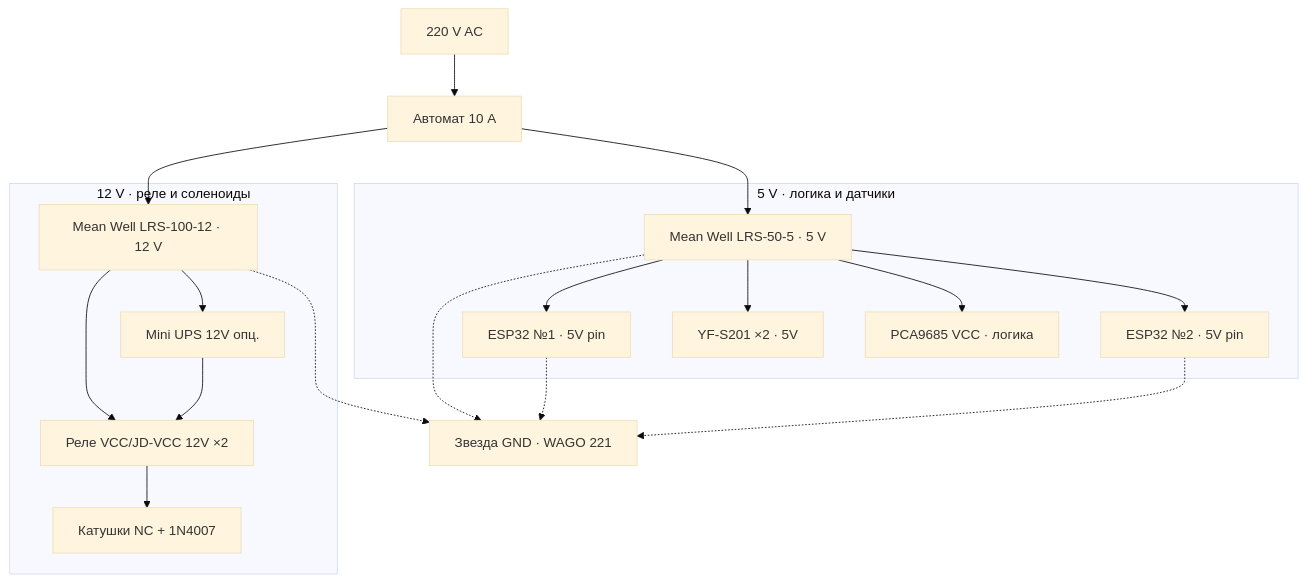
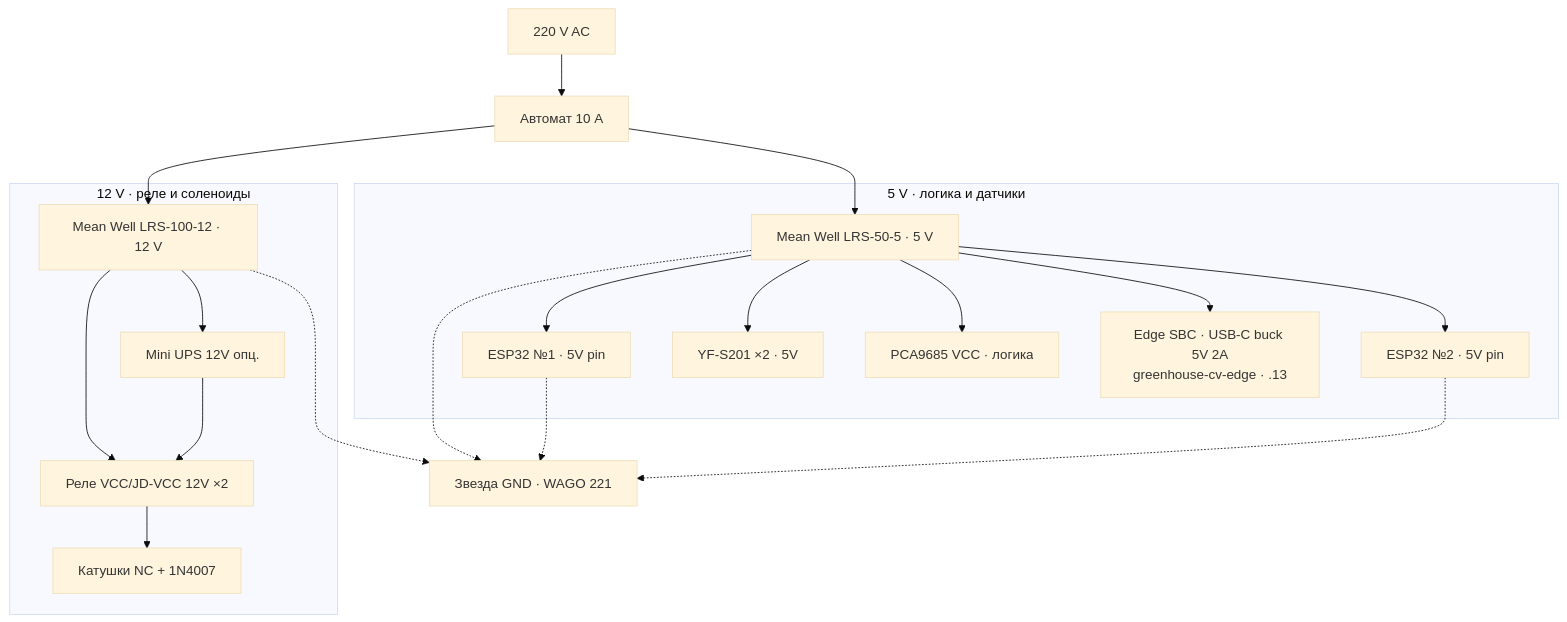
The fifth of 6 diagrams in docs/04-esp32-and-cabinet.md (TiunovNN/smart-greenhouse), drawn with Mermaid (base theme) before and after one commit. The commit also changed other lines of this file and 14 other files, not shown here.

````diff
--- a/docs/04-esp32-and-cabinet.md
+++ b/docs/04-esp32-and-cabinet.md
@@ -264,26 +312,27 @@
 ```mermaid
 flowchart TB
   AC["220 V AC"] --> AUT["Автомат 10 A"]
   AUT --> LRS5["Mean Well LRS-50-5 · 5 V"]
   AUT --> LRS12["Mean Well LRS-100-12 · 12 V"]
 
   subgraph LOGIC["5 V · логика и датчики"]
     LRS5 --> ESP1_PWR["ESP32 №1 · 5V pin"]
     LRS5 --> ESP2_PWR["ESP32 №2 · 5V pin"]
     LRS5 --> YF_PWR["YF-S201 ×2 · 5V"]
     LRS5 --> PCA_LOGIC["PCA9685 VCC · логика"]
+    LRS5 --> SBC_PWR["Edge SBC · USB-C buck 5V 2A<br/>greenhouse-cv-edge · .13"]
   end
 
   subgraph LOAD12["12 V · реле и соленоиды"]
     LRS12 --> REL_PWR["Реле VCC/JD-VCC 12V ×2"]
     LRS12 --> UPS["Mini UPS 12V опц."]
     UPS --> REL_PWR
     REL_PWR --> SOL["Катушки NC + 1N4007"]
   end
 
   STAR["Звезда GND · WAGO 221"]
   LRS5 -.-> STAR
   LRS12 -.-> STAR
   ESP1_PWR -.-> STAR
   ESP2_PWR -.-> STAR
 ```
````
